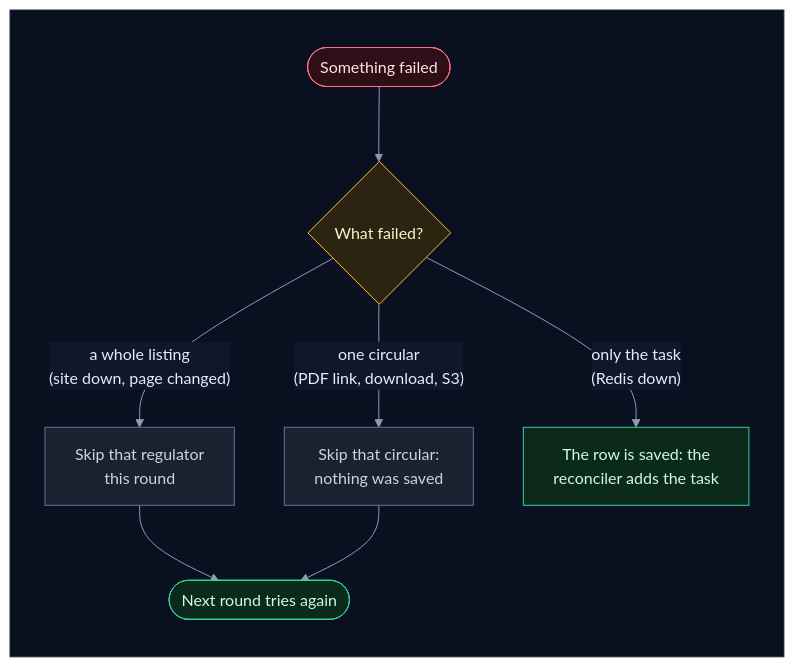
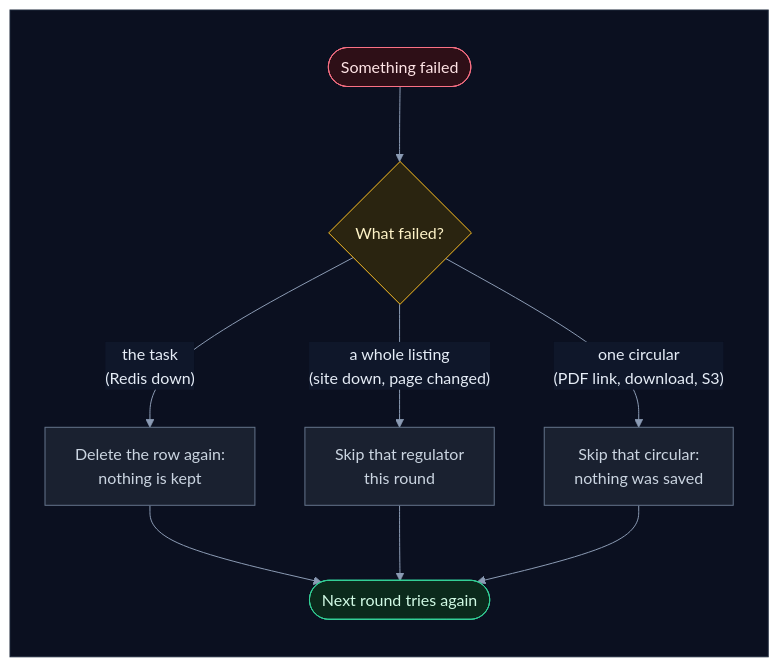
Diagram 16 of 18 in how_the_watcher_works.md (selvakumarperumal/Regulatory_Circular_Impact_Agent), drawn with Mermaid before and after one commit. The commit also changed other lines of this file and 7 other files, not shown here.

````diff
--- a/how_the_watcher_works.md
+++ b/how_the_watcher_works.md
@@ -672,28 +675,29 @@
 ```mermaid
 %%{init: {"theme": "base", "flowchart": {"diagramPadding": 0}, "themeVariables": {"darkMode": true, "primaryColor": "#16213a", "primaryTextColor": "#e6edf7", "primaryBorderColor": "#475a7a", "lineColor": "#8b9bb4", "secondaryColor": "#1b2436", "tertiaryColor": "#101a2e", "edgeLabelBackground": "#0f172a", "textColor": "#e2e8f0", "clusterBkg": "#0f1728", "clusterBorder": "#2b3a55", "titleColor": "#c4b5fd", "nodeTextColor": "#e6edf7"}}}%%
 flowchart TD
     subgraph canvas[" "]
         direction TB
         e(["Something failed"]) --> k{"What failed?"}
         k -->|"a whole listing<br/>(site down, page changed)"| r["Skip that regulator<br/>this round"]
         k -->|"one circular<br/>(PDF link, download, S3)"| s["Skip that circular:<br/>nothing was saved"]
-        k -->|"only the task<br/>(Redis down)"| n["The row is saved: the<br/>reconciler adds the task"]
+        k -->|"the task<br/>(Redis down)"| n["Delete the row again:<br/>nothing is kept"]
+        n --> again
         r --> again(["Next round tries again"])
         s --> again
     end
     classDef svc fill:#0e2a2c,stroke:#2dd4bf,color:#ccfbf1
     classDef data fill:#1c1a47,stroke:#818cf8,color:#e0e7ff
     classDef ext fill:#2a1640,stroke:#c084fc,color:#f3e8ff
     classDef gpu fill:#2d1b0c,stroke:#fb923c,color:#ffedd5
     classDef ask fill:#2a2410,stroke:#fbbf24,color:#fef3c7
     classDef ok fill:#0b2a1c,stroke:#34d399,color:#d1fae5
     classDef bad fill:#2e0f17,stroke:#fb7185,color:#ffe4e6
     classDef start fill:#1c2a0e,stroke:#a7ef6f,color:#ecfccb
     classDef muted fill:#1a2130,stroke:#64748b,color:#cbd5e1
     classDef queue fill:#0c2231,stroke:#38bdf8,color:#e0f2fe
     class e bad
     class k ask
-    class r,s muted
-    class n,again ok
+    class r,s,n muted
+    class again ok
     style canvas fill:#0b1020,stroke:#1e293b,color:#0b1020
 ```
````
